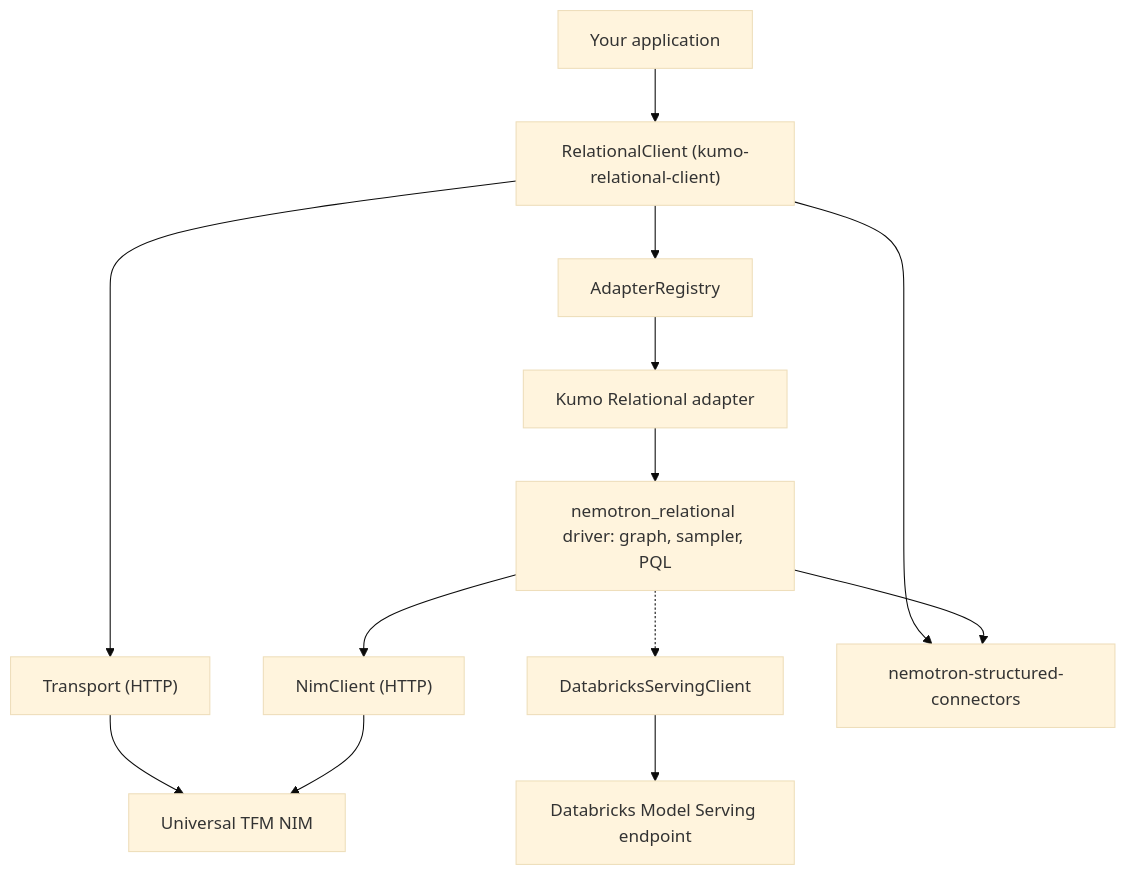
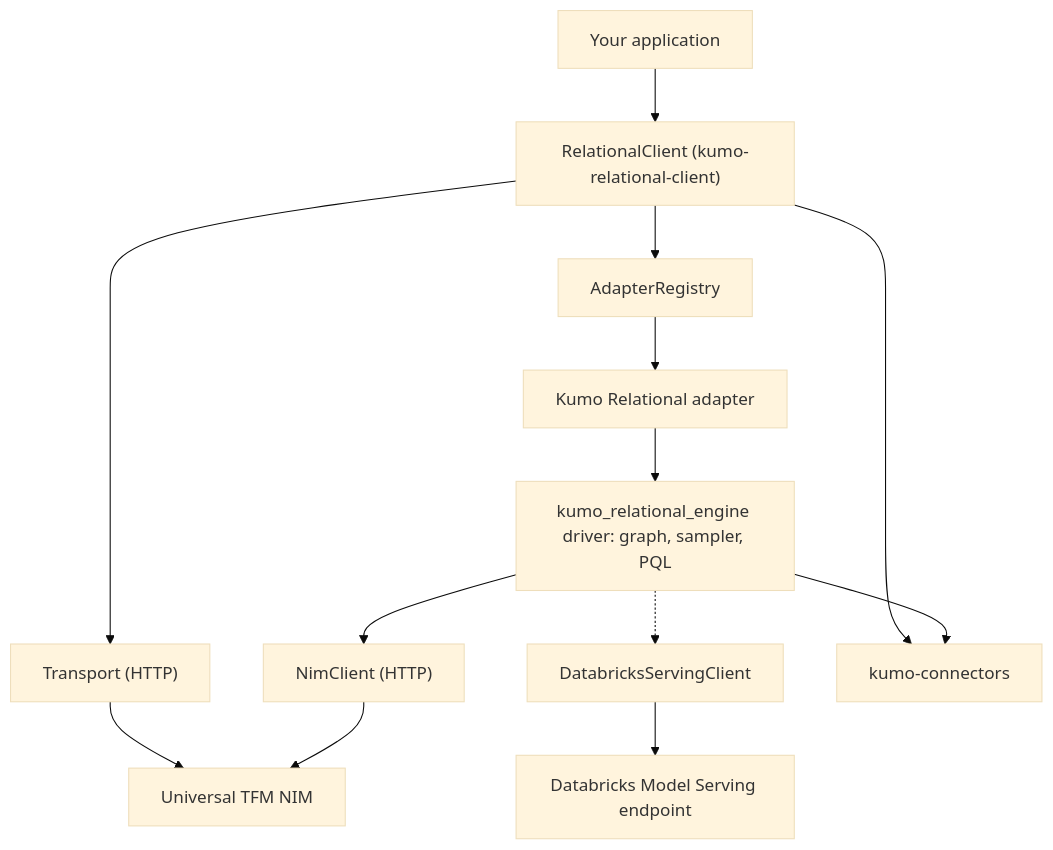
Before and after one commit to kumo-ai/kumo-relational-client: the diagram in docs/about/architecture.md, drawn with Mermaid (base theme). The commit also changed other lines of this file and 503 other files, not shown here.

````diff
--- a/docs/about/architecture.md
+++ b/docs/about/architecture.md
@@ -15,15 +15,15 @@
 ```mermaid
 flowchart TD
     app["Your application"] --> client["RelationalClient (kumo-relational-client)"]
     client --> registry["AdapterRegistry"]
     registry --> rfm["Kumo Relational adapter"]
-    rfm --> driver["nemotron_relational driver: graph, sampler, PQL"]
+    rfm --> driver["kumo_relational_engine driver: graph, sampler, PQL"]
     client --> transport["Transport (HTTP)"]
     driver --> nimclient["NimClient (HTTP)"]
     driver -.-> serving["DatabricksServingClient"]
     transport --> nim["Universal TFM NIM"]
     nimclient --> nim
     serving --> endpoint["Databricks Model Serving endpoint"]
-    client --> connectors["nemotron-structured-connectors"]
+    client --> connectors["kumo-connectors"]
     driver --> connectors
 ```
````
